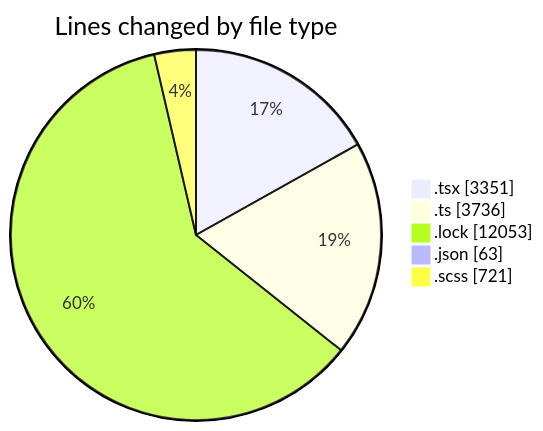
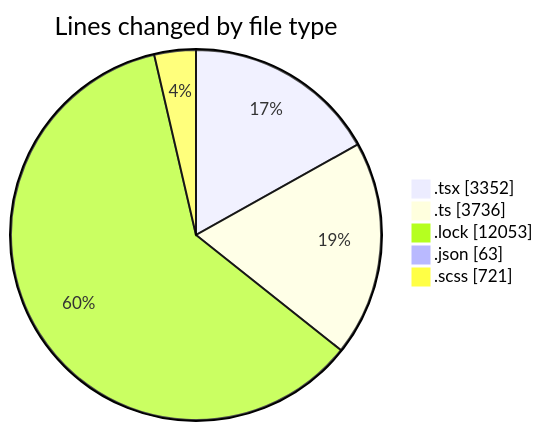
Before and after one commit to momahboobian/code-tracking: the first of 2 diagrams in 2025-12-03/cda/README.md, drawn with Mermaid. The commit also changed other lines of this file and 1 other file, not shown here.

````diff
--- a/2025-12-03/cda/README.md
+++ b/2025-12-03/cda/README.md
@@ -32,9 +32,9 @@
 ```mermaid
 pie showData
 title Lines changed by file type
-".tsx" : 3351
+".tsx" : 3352
 ".ts" : 3736
 ".lock" : 12053
 ".json" : 63
 ".scss" : 721
 ```
````
